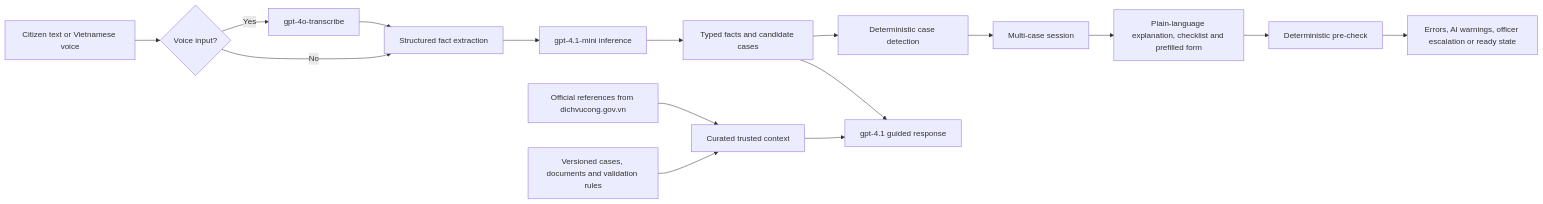
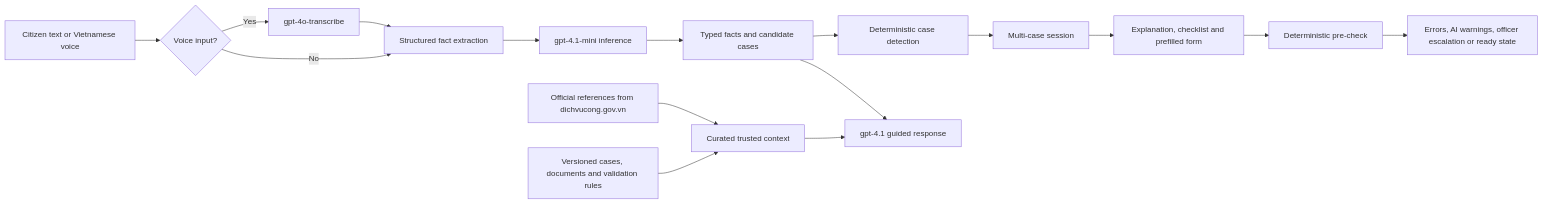
The second of 2 diagrams in README.md (mudotet/AI-guided-public-service-procedures-Lonely-Stone-), drawn with Mermaid before and after one commit. The commit also changed other lines of this file, not shown here.

````diff
--- a/README.md
+++ b/README.md
@@ -220,21 +77,21 @@
 ```mermaid
 flowchart LR
     Input[Citizen text or Vietnamese voice] --> Speech{Voice input?}
     Speech -->|Yes| Transcript[gpt-4o-transcribe]
     Speech -->|No| Extract
     Transcript --> Extract[Structured fact extraction]
 
     Extract --> Classifier[gpt-4.1-mini inference]
     Classifier --> Facts[Typed facts and candidate cases]
     Facts --> Detector[Deterministic case detection]
 
     Official[Official references from dichvucong.gov.vn] --> Context[Curated trusted context]
     RulesDB[Versioned cases, documents and validation rules] --> Context
     Context --> Assistant[gpt-4.1 guided response]
     Facts --> Assistant
 
     Detector --> MultiCase[Multi-case session]
-    MultiCase --> Output[Plain-language explanation, checklist and prefilled form]
+    MultiCase --> Output[Explanation, checklist and prefilled form]
     Output --> Precheck[Deterministic pre-check]
     Precheck --> Result[Errors, AI warnings, officer escalation or ready state]
 ```
````
